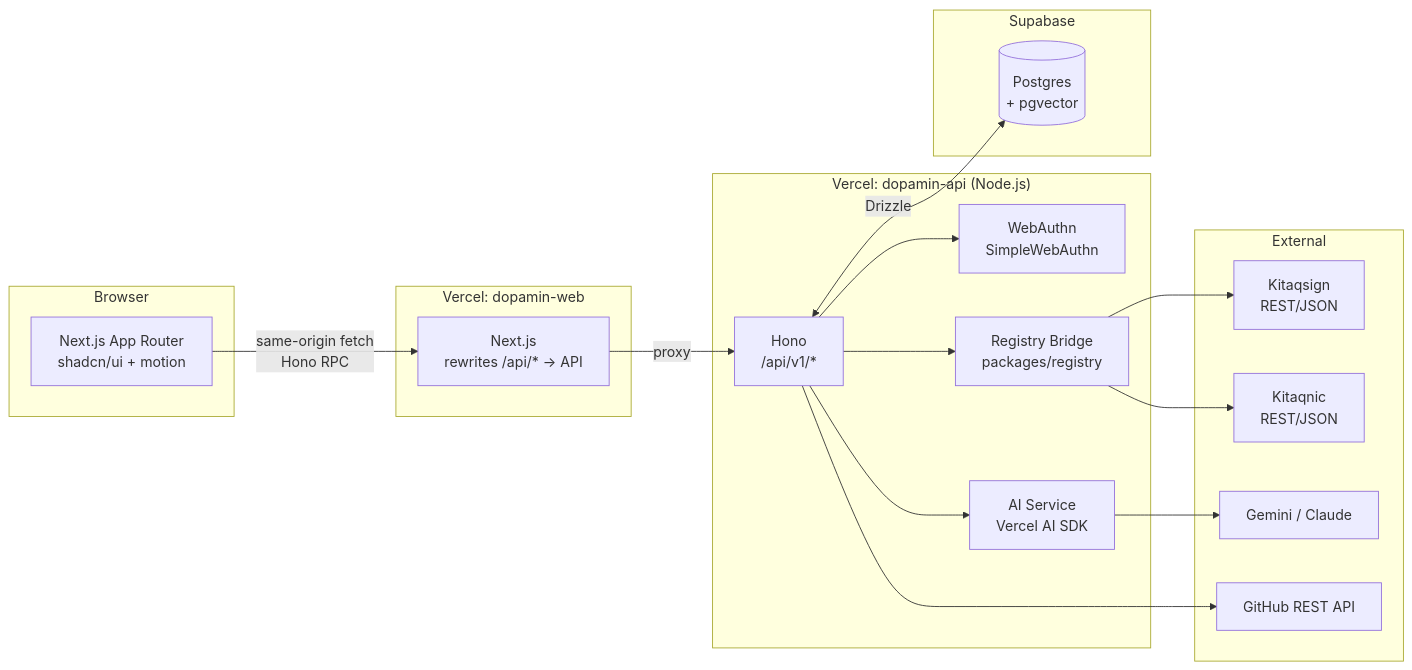
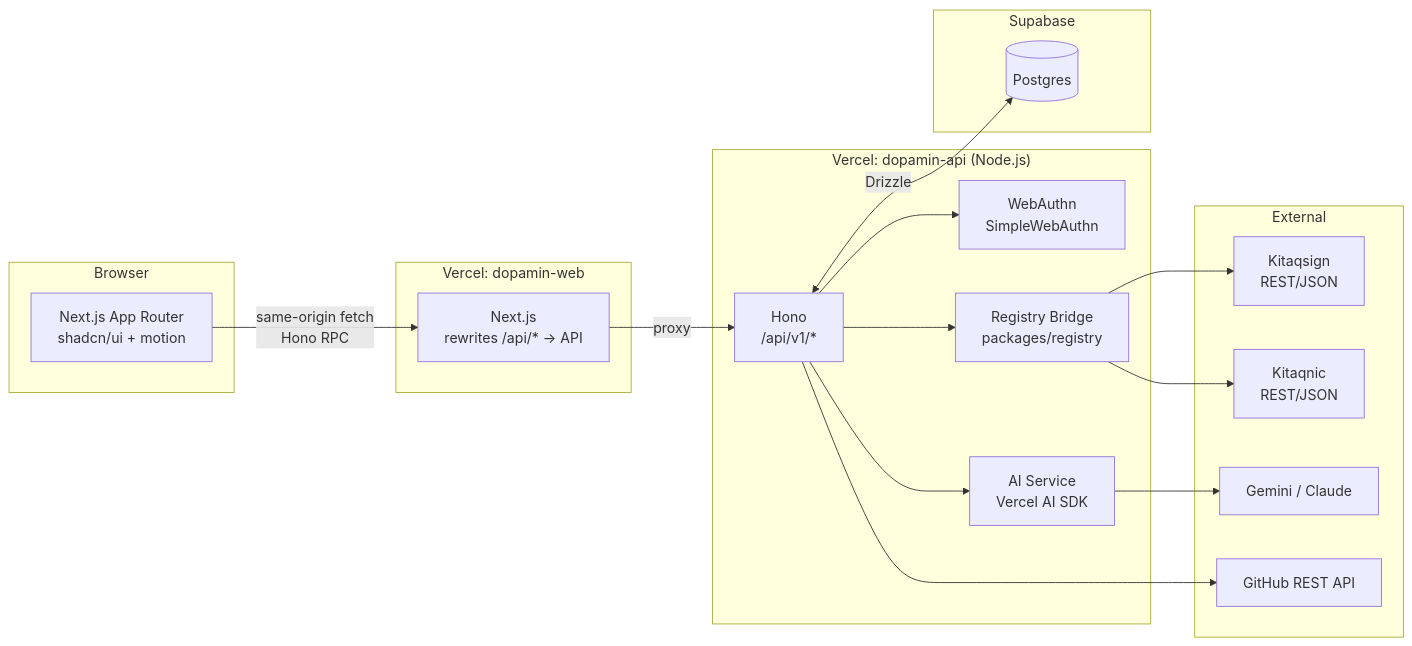
One commit to GMO-26-teamb/dopamin-com changed the first of 2 diagrams in docs/requirements.md. Above: the diagram before and after it, drawn with Mermaid. The commit also changed other lines of this file and 30 other files, not shown here.

````diff
--- a/docs/requirements.md
+++ b/docs/requirements.md
@@ -425,36 +425,36 @@
 ```mermaid
 flowchart LR
   subgraph Browser
     UI[Next.js App Router<br/>shadcn/ui + motion]
   end
 
   subgraph Vercel_Web["Vercel: dopamin-web"]
     NEXT[Next.js<br/>rewrites /api/* → API]
   end
 
   subgraph Vercel_API["Vercel: dopamin-api (Node.js)"]
     HONO[Hono<br/>/api/v1/*]
     AUTH[WebAuthn<br/>SimpleWebAuthn]
     AI[AI Service<br/>Vercel AI SDK]
     BRIDGE[Registry Bridge<br/>packages/registry]
   end
 
   subgraph Supabase
-    PG[(Postgres<br/>+ pgvector)]
+    PG[(Postgres)]
   end
 
   subgraph External
     KS[Kitaqsign<br/>REST/JSON]
     KN[Kitaqnic<br/>REST/JSON]
     LLM[Gemini / Claude]
     GH[GitHub REST API]
   end
 
   UI -->|same-origin fetch<br/>Hono RPC| NEXT -->|proxy| HONO
   HONO --> AUTH
   HONO --> AI --> LLM
   HONO --> BRIDGE --> KS
   BRIDGE --> KN
   HONO --> GH
   HONO <-->|Drizzle| PG
 ```
````
